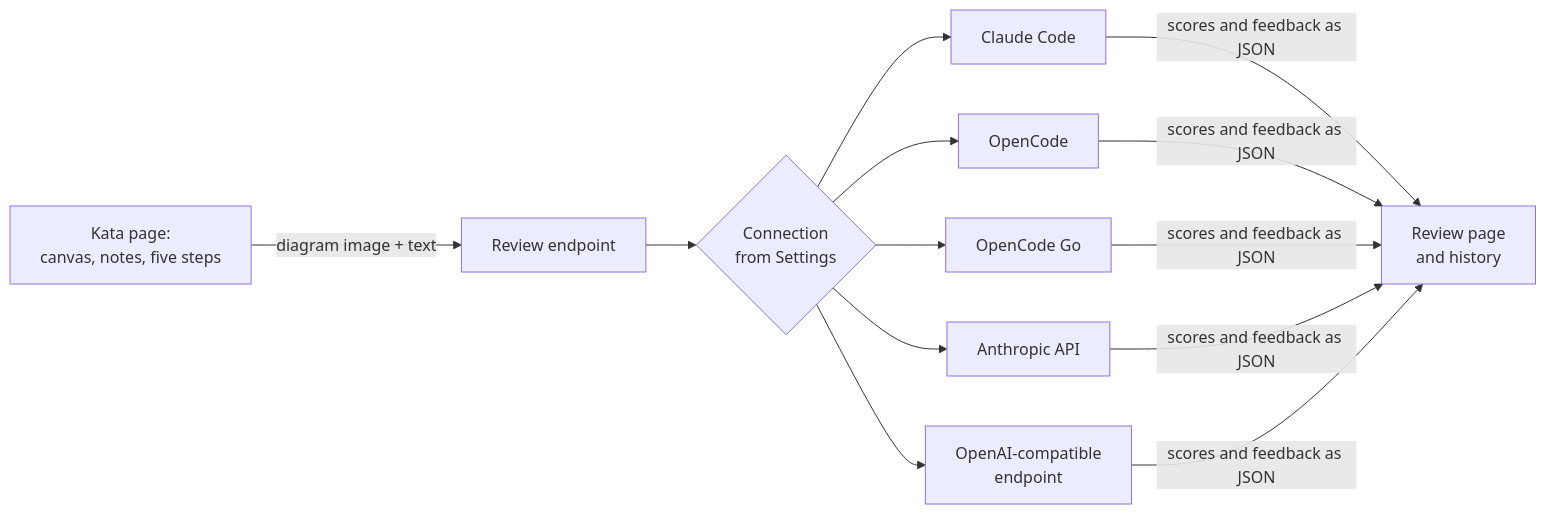
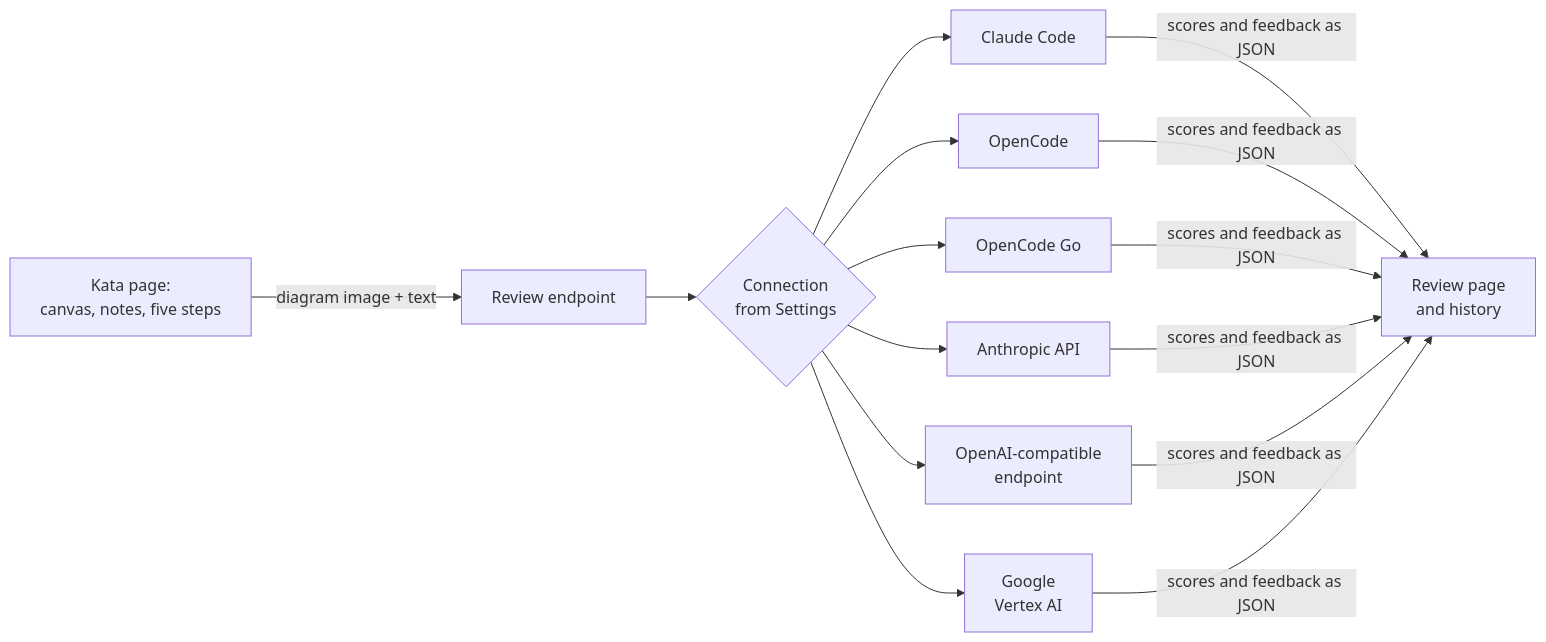
Before and after one commit to aesbetancourt/archsim: the diagram in README.md, drawn with Mermaid. The commit also changed other lines of this file and 10 other files, not shown here.

First line of the commit message:
Add Google Vertex AI as a connection for the model

````diff
--- a/README.md
+++ b/README.md
@@ -132,11 +144,12 @@
 ```mermaid
 flowchart LR
   A[Kata page:<br/>canvas, notes, five steps] -->|diagram image + text| B[Review endpoint]
   B --> C{Connection<br/>from Settings}
   C --> D[Claude Code]
   C --> E[OpenCode]
   C --> I[OpenCode Go]
   C --> F[Anthropic API]
   C --> G[OpenAI-compatible<br/>endpoint]
-  D & E & I & F & G -->|scores and feedback as JSON| H[Review page<br/>and history]
+  C --> V[Google<br/>Vertex AI]
+  D & E & I & F & G & V -->|scores and feedback as JSON| H[Review page<br/>and history]
 ```
````
